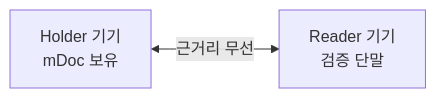
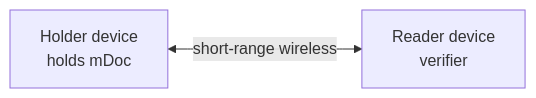
One commit to OmniOneID/poc-oid4vc changed the first of 5 diagrams in docs/concepts/mdoc/mdoc_proximity_presentation.md. Above: the diagram before and after it, drawn with Mermaid. The commit also changed other lines of this file and 29 other files, not shown here.

````diff
--- a/docs/concepts/mdoc/mdoc_proximity_presentation.md
+++ b/docs/concepts/mdoc/mdoc_proximity_presentation.md
@@ -54,4 +54,4 @@
 ```mermaid
 flowchart LR
-    H[Holder 기기<br/>mDoc 보유] <-->|근거리 무선| R[Reader 기기<br/>검증 단말]
+    H[Holder device<br/>holds mDoc] <-->|short-range wireless| R[Reader device<br/>verifier]
 ```
````
